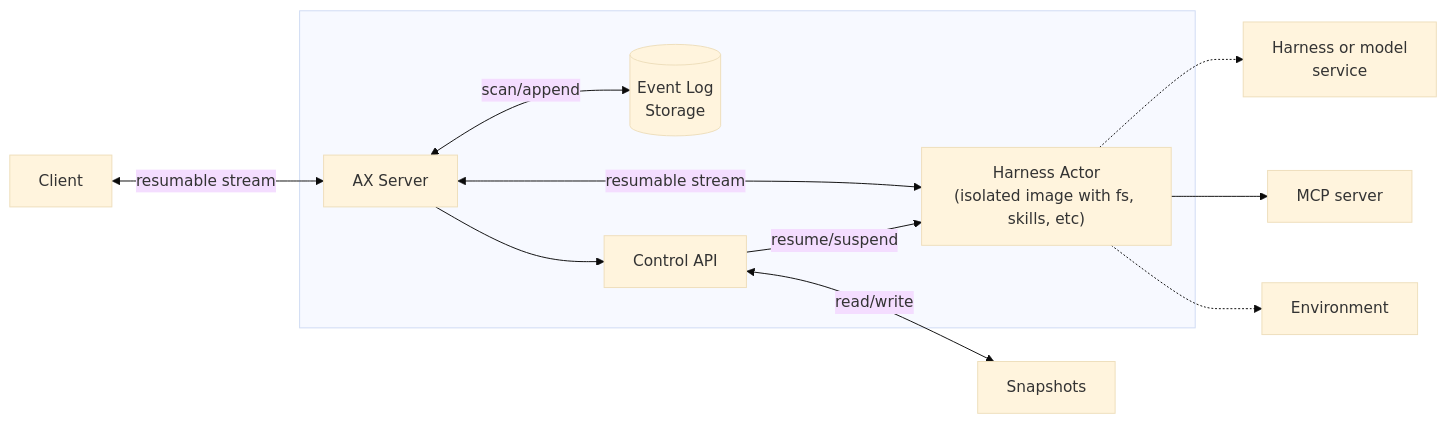
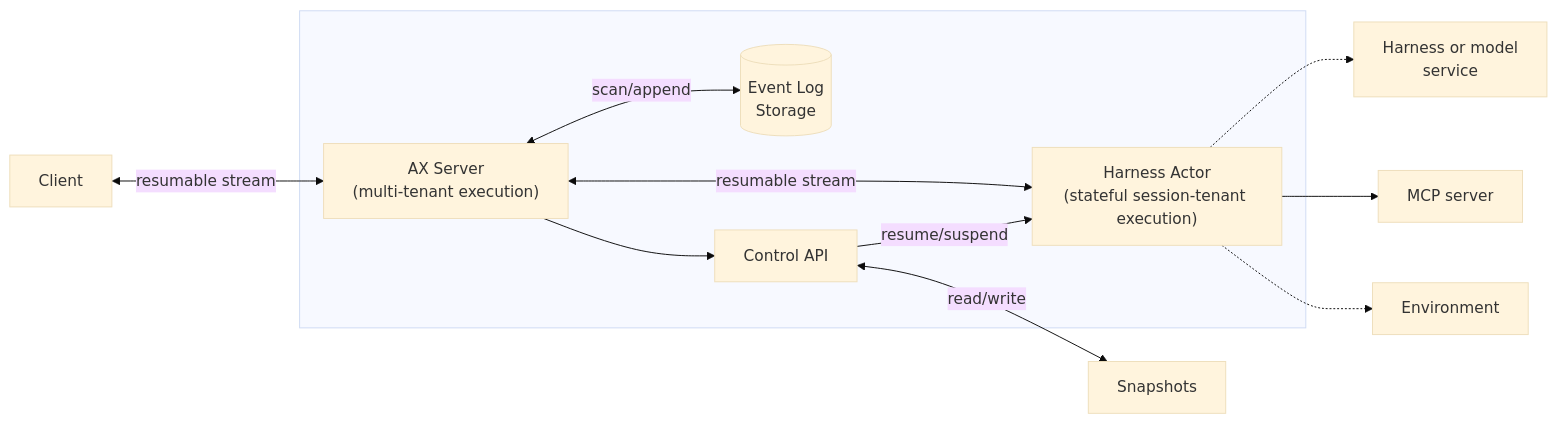
One commit to google/ax changed the diagram in README.md. Above: the diagram before and after it, drawn with Mermaid (base theme).

Commit message:
Update tenancy model

````diff
--- a/README.md
+++ b/README.md
@@ -44,26 +44,26 @@
 ```mermaid
 %%{init: {"flowchart": {"diagramPadding": 80}}}%%
 graph LR
     Client
 
     subgraph Cluster[" "]
-        Server["AX Server"]
+        Server["AX Server<br/>(multi-tenant execution)"]
         DB[("Event Log"<br/>Storage)]
         ControlService["Control API"]
-        Actor["Harness Actor<br/>(isolated image with fs, skills, etc)"]
+        Actor["Harness Actor<br/>(stateful session-tenant execution)"]
     end
 
     SnapshotService["Snapshots"]
     HarnessService["Harness or model<br/>service"]
     MCPServer["MCP server"]
 
     Client <-->|resumable stream| Server
     Server <-->|scan/append| DB
     Server --> ControlService
     ControlService -->|resume/suspend| Actor
     Server <-->|resumable stream| Actor
     ControlService <-->|read/write| SnapshotService
     Actor -.-> HarnessService
     Actor --> MCPServer
     Actor -.-> Environment
 ```
````
